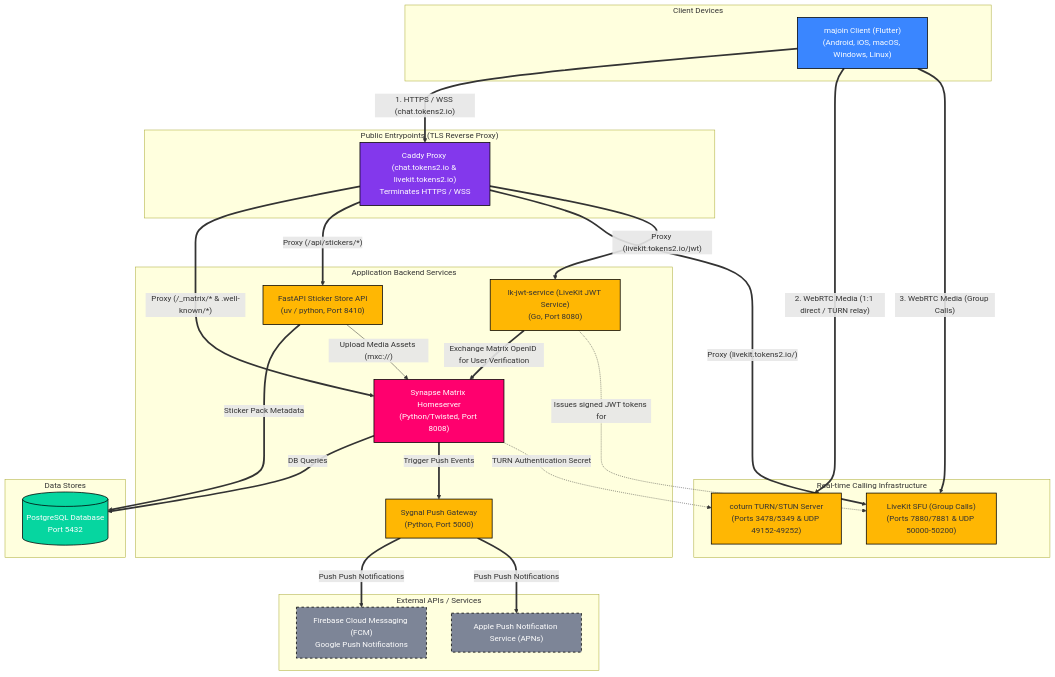
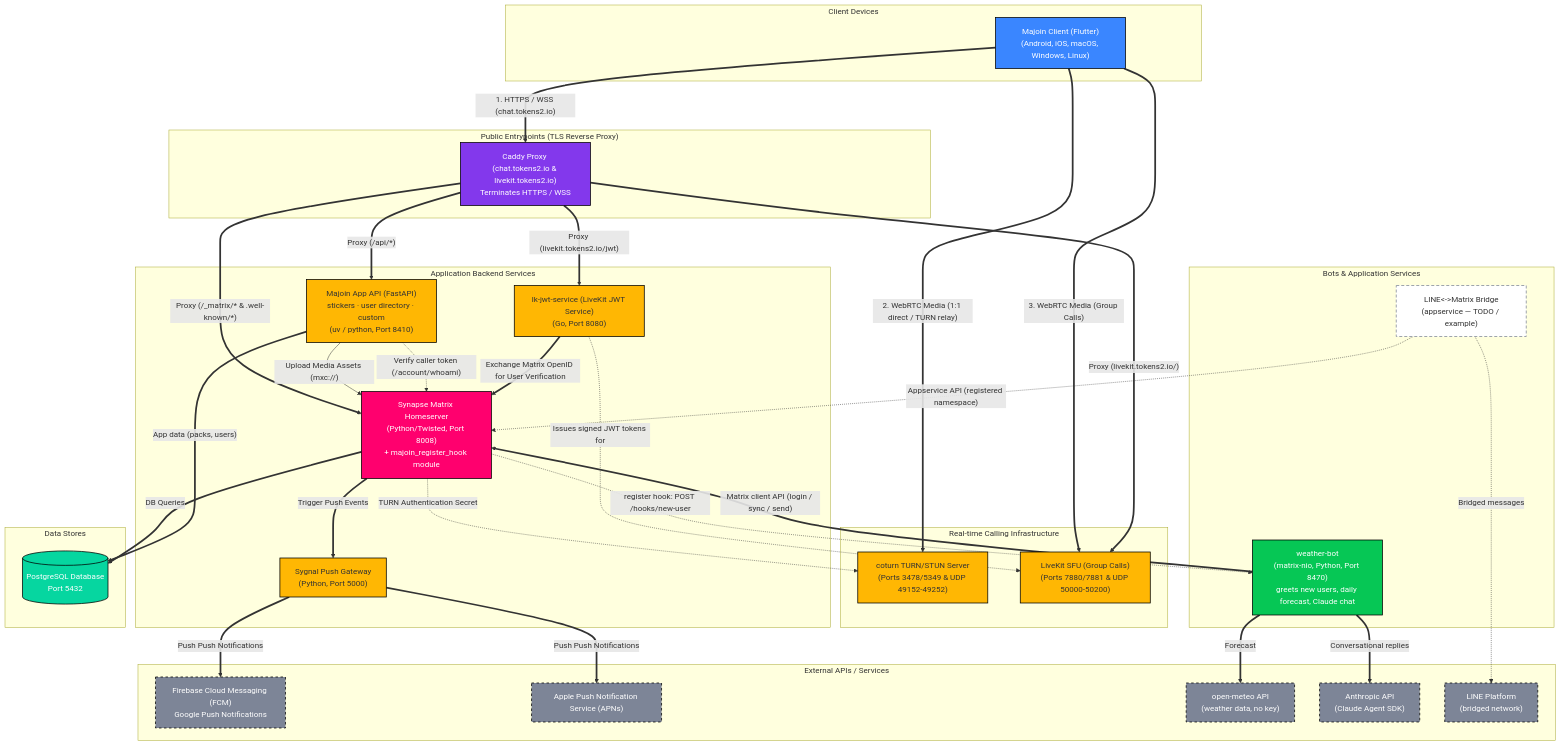
The diagram in README.md (pace6/majoin), drawn with Mermaid before and after one commit. The commit also changed other lines of this file and 3 other files, not shown here.

First line of the commit message:
docs: app API positioning + Matrix-token auth for custom endpoints

````diff
--- a/README.md
+++ b/README.md
@@ -63,10 +66,12 @@
     classDef services fill:#FFB703,stroke:#000,stroke-width:1.5px,color:#333;
     classDef database fill:#06D6A0,stroke:#000,stroke-width:1.5px,color:#fff;
     classDef external fill:#7D8597,stroke:#000,stroke-dasharray: 5 5,stroke-width:1.5px,color:#fff;
+    classDef bot fill:#06C755,stroke:#000,stroke-width:1.5px,color:#fff;
+    classDef planned fill:#FFFFFF,stroke:#7D8597,stroke-dasharray: 6 4,stroke-width:1.5px,color:#333;
 
     %% Nodes
     subgraph Client ["Client Devices"]
-        App["majoin Client (Flutter)<br/>(Android, iOS, macOS, Windows, Linux)"]:::client
+        App["Majoin Client (Flutter)<br/>(Android, iOS, macOS, Windows, Linux)"]:::client
     end
 
     subgraph Internet ["Public Entrypoints (TLS Reverse Proxy)"]
@@ -79,10 +84,15 @@
     end
 
     subgraph ApplicationStack ["Application Backend Services"]
-        Synapse["Synapse Matrix Homeserver<br/>(Python/Twisted, Port 8008)"]:::matrix
-        StickerAPI["FastAPI Sticker Store API<br/>(uv / python, Port 8410)"]:::services
+        Synapse["Synapse Matrix Homeserver<br/>(Python/Twisted, Port 8008)<br/>+ majoin_register_hook module"]:::matrix
+        StickerAPI["Majoin App API (FastAPI)<br/>stickers · user directory · custom<br/>(uv / python, Port 8410)"]:::services
         Sygnal["Sygnal Push Gateway<br/>(Python, Port 5000)"]:::services
         LKJWT["lk-jwt-service (LiveKit JWT Service)<br/>(Go, Port 8080)"]:::services
+    end
+
+    subgraph Integrations ["Bots & Application Services"]
+        WeatherBot["weather-bot<br/>(matrix-nio, Python, Port 8470)<br/>greets new users, daily forecast, Claude chat"]:::bot
+        Bridge["LINE&lt;-&gt;Matrix Bridge<br/>(appservice — TODO / example)"]:::planned
     end
 
     subgraph DataStorage ["Data Stores"]
@@ -92,6 +102,9 @@
     subgraph ExternalServices ["External APIs / Services"]
         FCM["Firebase Cloud Messaging (FCM)<br/>Google Push Notifications"]:::external
         APNS["Apple Push Notification Service (APNs)"]:::external
+        OpenMeteo["open-meteo API<br/>(weather data, no key)"]:::external
+        Anthropic["Anthropic API<br/>(Claude Agent SDK)"]:::external
+        LineP["LINE Platform<br/>(bridged network)"]:::external
     end
 
     %% Flows
@@ -100,7 +113,7 @@
     App ==>|"3. WebRTC Media (Group Calls)"| LiveKit
 
     Caddy ==>|"Proxy (/_matrix/* & .well-known/*)"| Synapse
-    Caddy ==>|"Proxy (/api/stickers/*)"| StickerAPI
+    Caddy ==>|"Proxy (/api/*)"| StickerAPI
     Caddy ==>|"Proxy (livekit.tokens2.io/)"| LiveKit
     Caddy ==>|"Proxy (livekit.tokens2.io/jwt)"| LKJWT
 
@@ -108,12 +121,23 @@
     Synapse ==>|"Trigger Push Events"| Sygnal
     Synapse -.->|"TURN Authentication Secret"| Coturn
 
-    StickerAPI ==>|"Sticker Pack Metadata"| Postgres
+    StickerAPI ==>|"App data (packs, users)"| Postgres
     StickerAPI -->|"Upload Media Assets (mxc://)"| Synapse
+    StickerAPI -.->|"Verify caller token (/account/whoami)"| Synapse
 
     LKJWT ==>|"Exchange Matrix OpenID for User Verification"| Synapse
     LKJWT -.->|"Issues signed JWT tokens for"| LiveKit
 
     Sygnal ==>|Push Push Notifications| FCM
     Sygnal ==>|Push Push Notifications| APNS
+
+    %% Bot flows
+    WeatherBot ==>|"Matrix client API (login / sync / send)"| Synapse
+    Synapse -.->|"register hook: POST /hooks/new-user"| WeatherBot
+    WeatherBot ==>|"Forecast"| OpenMeteo
+    WeatherBot ==>|"Conversational replies"| Anthropic
+
+    %% Application service (planned)
+    Bridge -.->|"Appservice API (registered namespace)"| Synapse
+    Bridge -.->|"Bridged messages"| LineP
 ```
````
